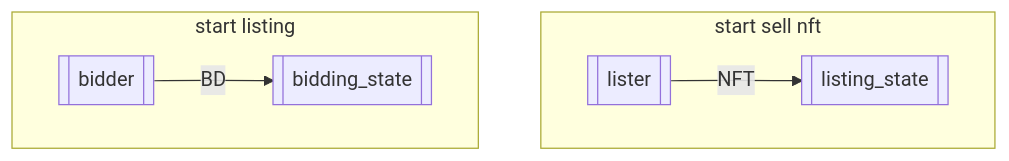
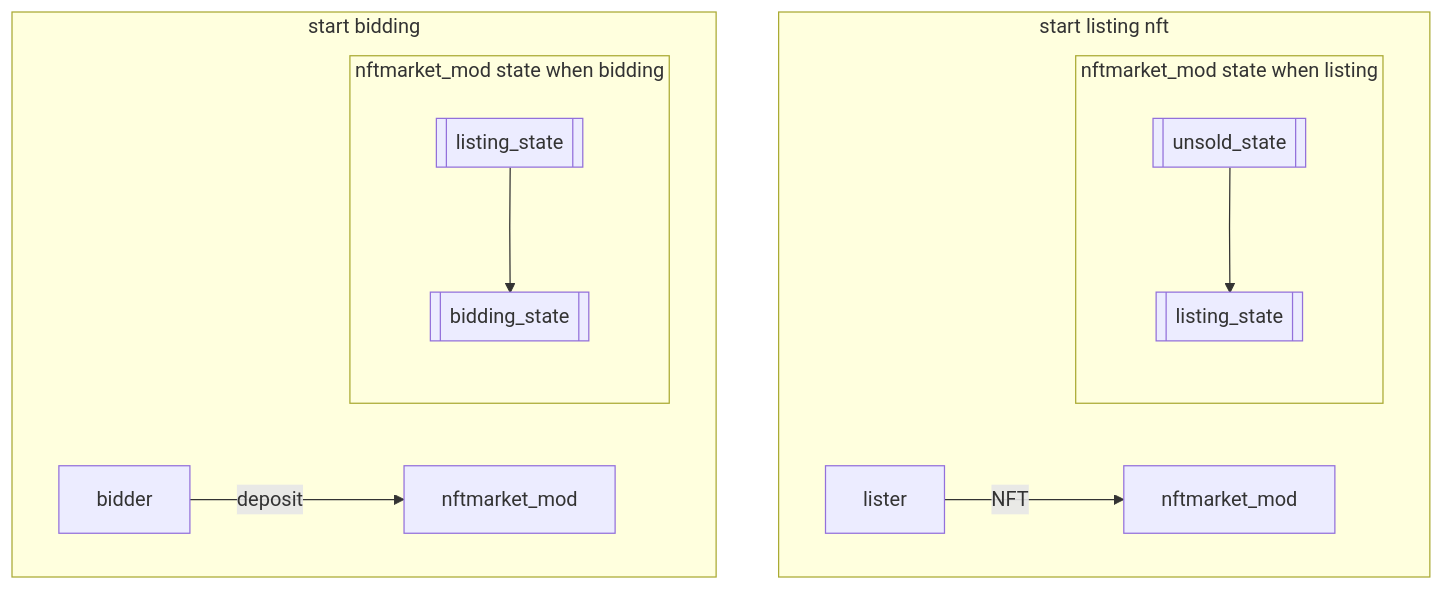
Before and after one commit to UnUniFi/chain: the fifth of 9 diagrams in docs/architecture/adr-nft-market/03_listing_state.md, drawn with Mermaid. The commit also changed other lines of this file and 1 other file, not shown here.

Commit message:
feat: update flow for v2

````diff
--- a/docs/architecture/adr-nft-market/03_listing_state.md
+++ b/docs/architecture/adr-nft-market/03_listing_state.md
@@ -98,13 +104,22 @@
 ```mermaid
 flowchart TD
-subgraph start sell nft
-  lister1[[lister]]
-  listing_state[[listing_state]]
-  lister1--NFT--> listing_state
+subgraph start listing nft
+  lister1[lister]
+  lister1--NFT--> nftmarket_mod
+  subgraph nftmarket_mod state when listing
+    listing_state[[listing_state]]
+    unsold_state[[unsold_state]]
+    unsold_state--> listing_state
+  end
 end
-subgraph start listing
-  bidder1[[bidder]]
-  bidding_state1[[bidding_state]]
-  bidder1 --BD--> bidding_state1
+subgraph start bidding
+  bidder1[bidder]
+  nftmarket_mod1[nftmarket_mod]
+  bidder1 --deposit--> nftmarket_mod1
+  subgraph nftmarket_mod state when bidding
+    listing_state1[[listing_state]]
+    bidding_state1[[bidding_state]]
+    listing_state1--> bidding_state1
+  end
 end
 ```
````
